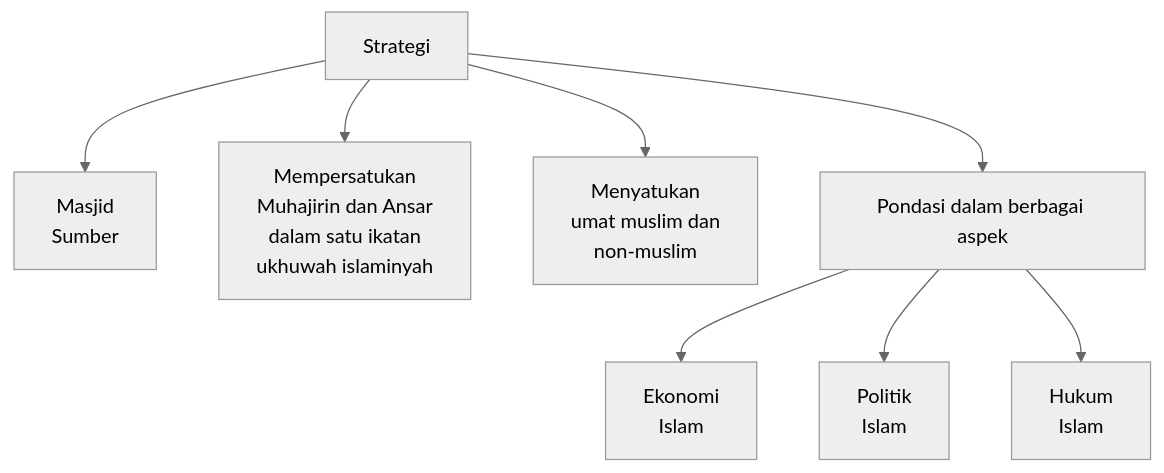
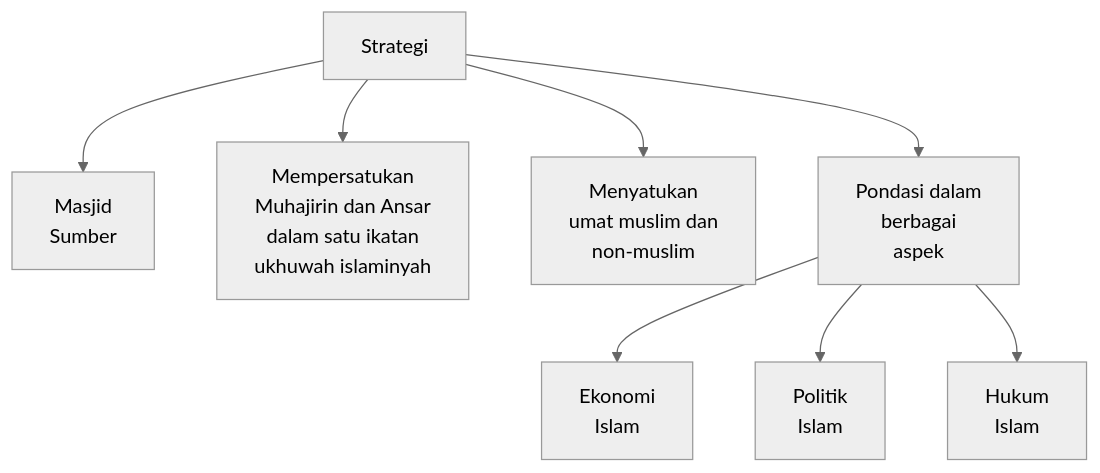
Before and after one commit to SyafaHadyan/learn: the diagram in src/Note/Agama/UAS.md, drawn with Mermaid (neutral theme).

````diff
--- a/src/Note/Agama/UAS.md
+++ b/src/Note/Agama/UAS.md
@@ -128,18 +128,18 @@
 ```mermaid
-flowchart TD
+graph TD
 a[Strategi]
 b[Masjid<br>Sumber]
 c[Mempersatukan<br>Muhajirin dan Ansar<br>dalam satu ikatan<br>ukhuwah islaminyah]
 d[Menyatukan<br>umat muslim dan<br>non-muslim]
-e[Pondasi dalam berbagai aspek]
+e[Pondasi dalam<br>berbagai<br>aspek]
 f[Ekonomi<br>Islam]
 g[Politik<br>Islam]
 h[Hukum<br>Islam]
 a --> b
 a --> c
 a --> d
 a --> e
 e --> f
 e --> g
 e --> h
 ```
````
